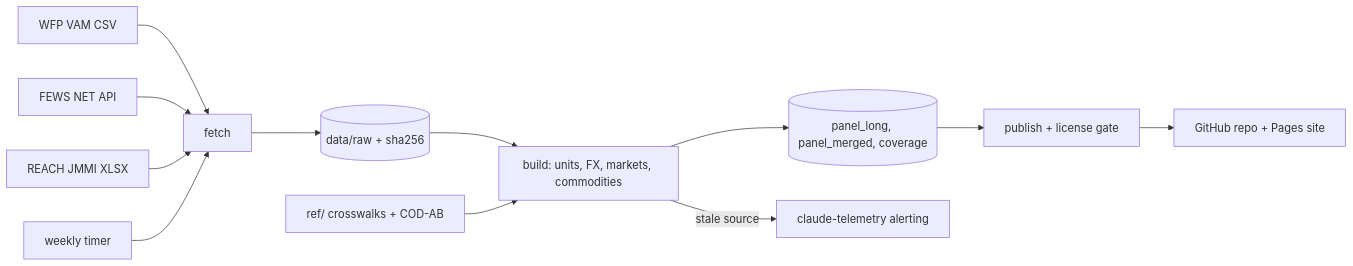
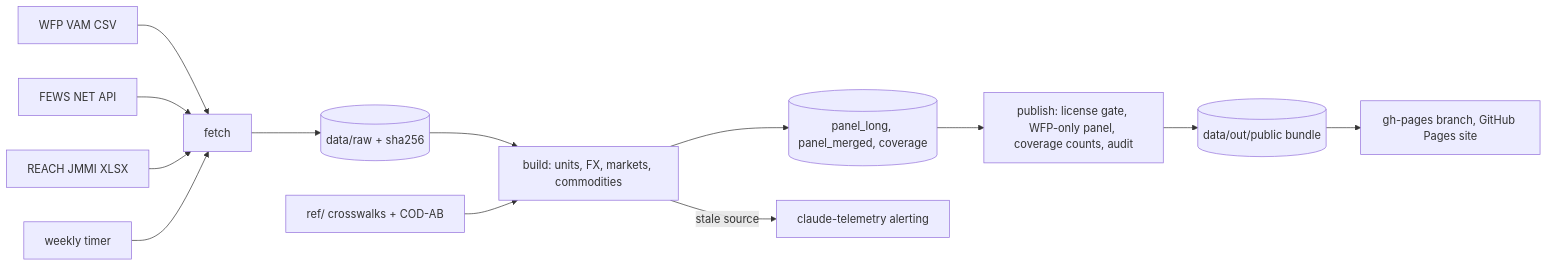
One commit to jamesonhohbein/crisis-data changed the second of 2 diagrams in specs/001-conflict-market-prices.md. Above: the diagram before and after it, drawn with Mermaid. The commit also changed other lines of this file and 5 other files, not shown here.

First line of the commit message:
Record P2: WFP-only public panel, site, attribution

````diff
--- a/specs/001-conflict-market-prices.md
+++ b/specs/001-conflict-market-prices.md
@@ -124,14 +142,15 @@
 ```mermaid
 flowchart LR
   WFP[WFP VAM CSV] --> F[fetch]
   FEWS[FEWS NET API] --> F
   JMMI[REACH JMMI XLSX] --> F
   F --> RAW[(data/raw + sha256)]
   RAW --> B[build: units, FX, markets, commodities]
   REF[ref/ crosswalks + COD-AB] --> B
   B --> P[(panel_long, panel_merged, coverage)]
-  P --> PUB[publish + license gate]
-  PUB --> GH[GitHub repo + Pages site]
+  P --> PUB[publish: license gate, WFP-only panel, coverage counts, audit]
+  PUB --> BUN[(data/out/public bundle)]
+  BUN --> GH[gh-pages branch, GitHub Pages site]
   T[weekly timer] --> F
   B -->|stale source| AL[claude-telemetry alerting]
 ```
````
